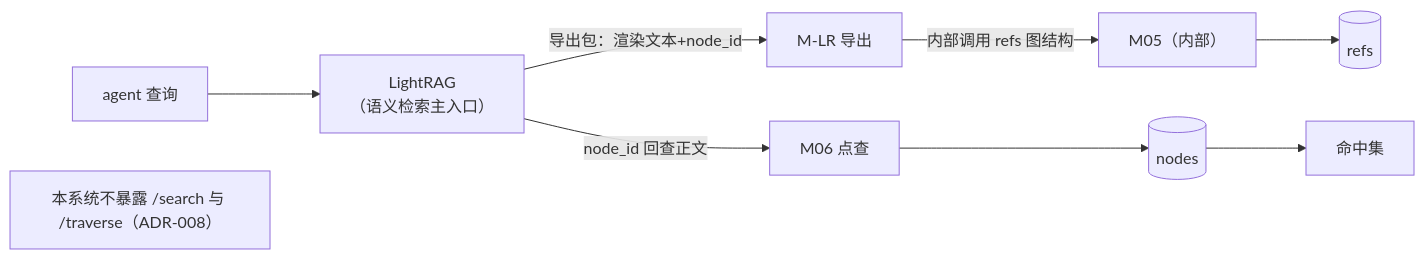
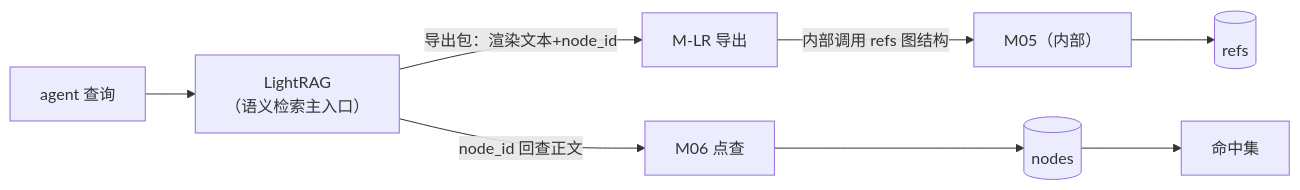
The fourth of 5 diagrams in spec/arch_spec/data_flow_diagrams.md (amoslee2026/AgenticDocer), drawn with Mermaid before and after one commit. The commit also changed other lines of this file, not shown here.

````diff
--- a/spec/arch_spec/data_flow_diagrams.md
+++ b/spec/arch_spec/data_flow_diagrams.md
@@ -80,11 +80,10 @@
 ```mermaid
 flowchart LR
     AQ["agent 查询"] --> LR["LightRAG<br/>（语义检索主入口）"]
     LR -->|导出包：渲染文本+node_id| MLR["M-LR 导出"]
     MLR -->|内部调用 refs 图结构| M5["M05（内部）"]
     M5 --> R2[("refs")]
     LR -->|node_id 回查正文| M6["M06 点查"]
     M6 --> N2[("nodes")]
     N2 --> HIT["命中集"]
-    note1["本系统不暴露 /search 与 /traverse（ADR-008）"]
 ```
````
